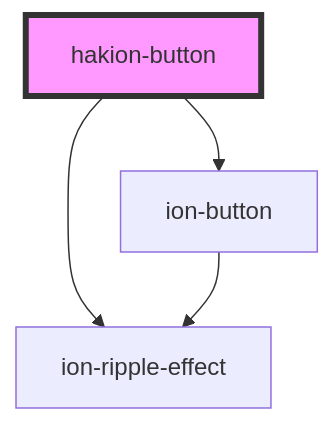
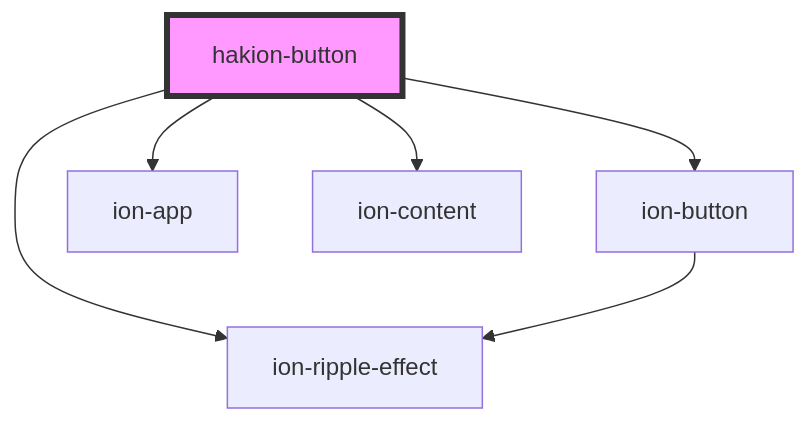
The diagram in src/components/hakion-button/readme.md (Hakkei-Co/nub-ui), drawn with Mermaid before and after one commit. The commit also changed other lines of this file and 14 other files, not shown here.

````diff
--- a/src/components/hakion-button/readme.md
+++ b/src/components/hakion-button/readme.md
@@ -23,7 +25,9 @@
 ```mermaid
 graph TD;
   hakion-button --> ion-ripple-effect
   hakion-button --> ion-button
+  hakion-button --> ion-app
+  hakion-button --> ion-content
   ion-button --> ion-ripple-effect
   style hakion-button fill:#f9f,stroke:#333,stroke-width:4px
 ```
````
